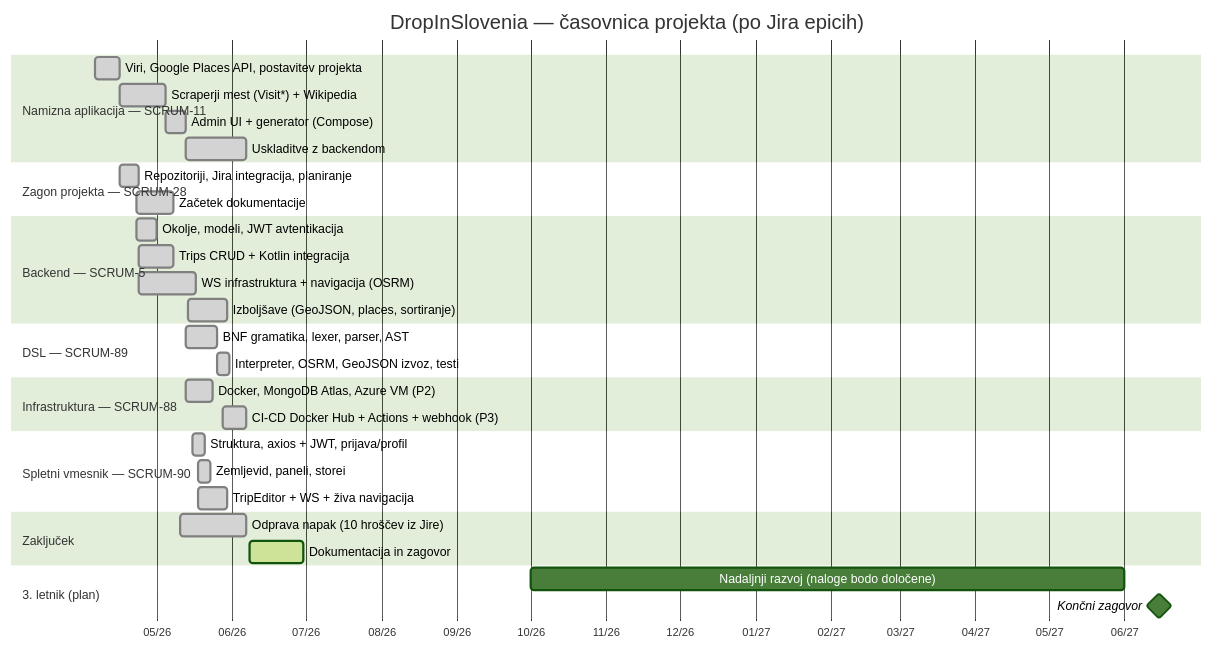
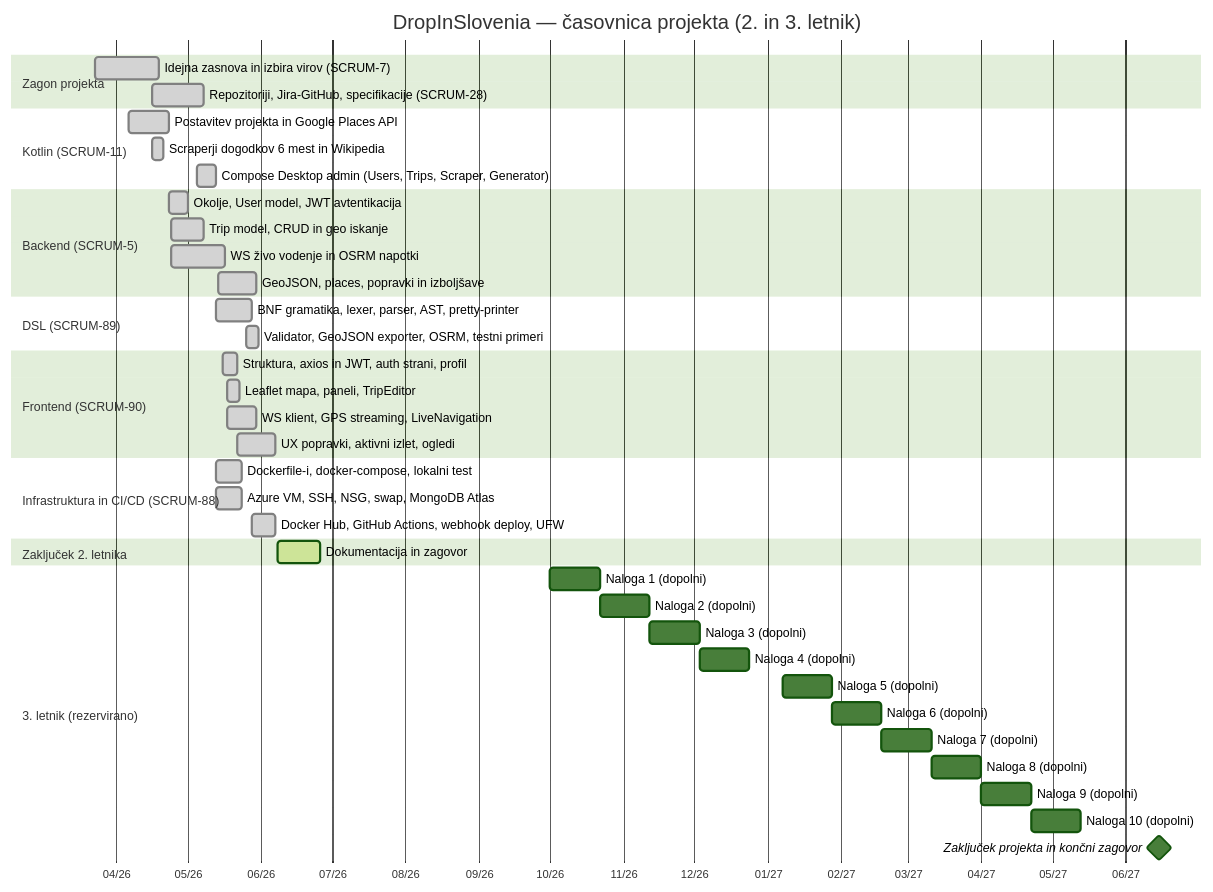
One commit to DropInSlovenia/dokumentacija changed the first of 11 diagrams in DOKUMENTACIJA.md. Above: the diagram before and after it, drawn with Mermaid (forest theme).

````diff
--- a/DOKUMENTACIJA.md
+++ b/DOKUMENTACIJA.md
@@ -65,43 +65,52 @@
 ```mermaid
 gantt
-    title DropInSlovenia — časovnica projekta (po Jira epicih)
+    title DropInSlovenia — časovnica projekta (2. in 3. letnik)
     dateFormat  YYYY-MM-DD
     axisFormat  %m/%y
 
-    section Namizna aplikacija — SCRUM-11
-    Viri, Google Places API, postavitev projekta :done, kt1, 2026-04-06, 2026-04-16
-    Scraperji mest (Visit*) + Wikipedia          :done, kt2, 2026-04-16, 2026-05-05
-    Admin UI + generator (Compose)               :done, kt3, 2026-05-05, 2026-05-13
-    Uskladitve z backendom                       :done, kt4, 2026-05-13, 2026-06-07
+    section Zagon projekta
+    Idejna zasnova in izbira virov (SCRUM-7)              :done, vir,   2026-03-23, 2026-04-19
+    Repozitoriji, Jira-GitHub, specifikacije (SCRUM-28)   :done, setup, 2026-04-16, 2026-05-08
 
-    section Zagon projekta — SCRUM-28
-    Repozitoriji, Jira integracija, planiranje   :done, st1, 2026-04-16, 2026-04-24
-    Začetek dokumentacije                        :done, st2, 2026-04-23, 2026-05-08
+    section Kotlin (SCRUM-11)
+    Postavitev projekta in Google Places API              :done, kt1, 2026-04-06, 2026-04-23
+    Scraperji dogodkov 6 mest in Wikipedia                :done, kt2, 2026-04-16, 2026-04-21
+    Compose Desktop admin (Users, Trips, Scraper, Generator) :done, kt3, 2026-05-05, 2026-05-13
 
-    section Backend — SCRUM-5
-    Okolje, modeli, JWT avtentikacija            :done, be1, 2026-04-23, 2026-05-01
-    Trips CRUD + Kotlin integracija              :done, be2, 2026-04-24, 2026-05-08
-    WS infrastruktura + navigacija (OSRM)        :done, be3, 2026-04-24, 2026-05-17
-    Izboljšave (GeoJSON, places, sortiranje)     :done, be4, 2026-05-14, 2026-05-30
+    section Backend (SCRUM-5)
+    Okolje, User model, JWT avtentikacija                 :done, be1, 2026-04-23, 2026-05-01
+    Trip model, CRUD in geo iskanje                       :done, be2, 2026-04-24, 2026-05-08
+    WS živo vodenje in OSRM napotki                       :done, be3, 2026-04-24, 2026-05-17
+    GeoJSON, places, popravki in izboljšave               :done, be4, 2026-05-14, 2026-05-30
 
-    section DSL — SCRUM-89
-    BNF gramatika, lexer, parser, AST            :done, dsl1, 2026-05-13, 2026-05-26
-    Interpreter, OSRM, GeoJSON izvoz, testi      :done, dsl2, 2026-05-26, 2026-05-31
+    section DSL (SCRUM-89)
+    BNF gramatika, lexer, parser, AST, pretty-printer     :done, dsl1, 2026-05-13, 2026-05-28
+    Validator, GeoJSON exporter, OSRM, testni primeri     :done, dsl2, 2026-05-26, 2026-05-31
 
-    section Infrastruktura — SCRUM-88
-    Docker, MongoDB Atlas, Azure VM (P2)         :done, inf1, 2026-05-13, 2026-05-24
-    CI-CD Docker Hub + Actions + webhook (P3)    :done, inf2, 2026-05-28, 2026-06-07
+    section Frontend (SCRUM-90)
+    Struktura, axios in JWT, auth strani, profil          :done, fe1, 2026-05-16, 2026-05-22
+    Leaflet mapa, paneli, TripEditor                      :done, fe2, 2026-05-18, 2026-05-23
+    WS klient, GPS streaming, LiveNavigation              :done, fe3, 2026-05-18, 2026-05-30
+    UX popravki, aktivni izlet, ogledi                    :done, fe4, 2026-05-22, 2026-06-07
 
-    section Spletni vmesnik — SCRUM-90
-    Struktura, axios + JWT, prijava/profil       :done, fe1, 2026-05-16, 2026-05-21
-    Zemljevid, paneli, storei                    :done, fe2, 2026-05-18, 2026-05-23
-    TripEditor + WS + živa navigacija            :done, fe3, 2026-05-18, 2026-05-30
+    section Infrastruktura in CI/CD (SCRUM-88)
+    Dockerfile-i, docker-compose, lokalni test            :done, inf1, 2026-05-13, 2026-05-24
+    Azure VM, SSH, NSG, swap, MongoDB Atlas               :done, inf2, 2026-05-13, 2026-05-24
+    Docker Hub, GitHub Actions, webhook deploy, UFW       :done, inf3, 2026-05-28, 2026-06-07
 
-    section Zaključek
-    Odprava napak (10 hroščev iz Jire)           :done,   bug, 2026-05-11, 2026-06-07
-    Dokumentacija in zagovor                     :active, doc, 2026-06-08, 2026-06-30
+    section Zaključek 2. letnika
+    Dokumentacija in zagovor                              :active, doc, 2026-06-08, 2026-06-26
 
-    section 3. letnik (plan)
-    Nadaljnji razvoj (naloge bodo določene)      :        y3,  2026-10-01, 2027-06-01
-    Končni zagovor                               :milestone, m1, 2027-06-15, 0d
+    section 3. letnik (rezervirano)
+    Naloga 1 (dopolni)                                    :t1,  2026-10-01, 21d
+    Naloga 2 (dopolni)                                    :t2,  2026-10-22, 21d
+    Naloga 3 (dopolni)                                    :t3,  2026-11-12, 21d
+    Naloga 4 (dopolni)                                    :t4,  2026-12-03, 21d
+    Naloga 5 (dopolni)                                    :t5,  2027-01-07, 21d
+    Naloga 6 (dopolni)                                    :t6,  2027-01-28, 21d
+    Naloga 7 (dopolni)                                    :t7,  2027-02-18, 21d
+    Naloga 8 (dopolni)                                    :t8,  2027-03-11, 21d
+    Naloga 9 (dopolni)                                    :t9,  2027-04-01, 21d
+    Naloga 10 (dopolni)                                   :t10, 2027-04-22, 21d
+    Zaključek projekta in končni zagovor                  :milestone, konec, 2027-06-15, 0d
 ```
````
